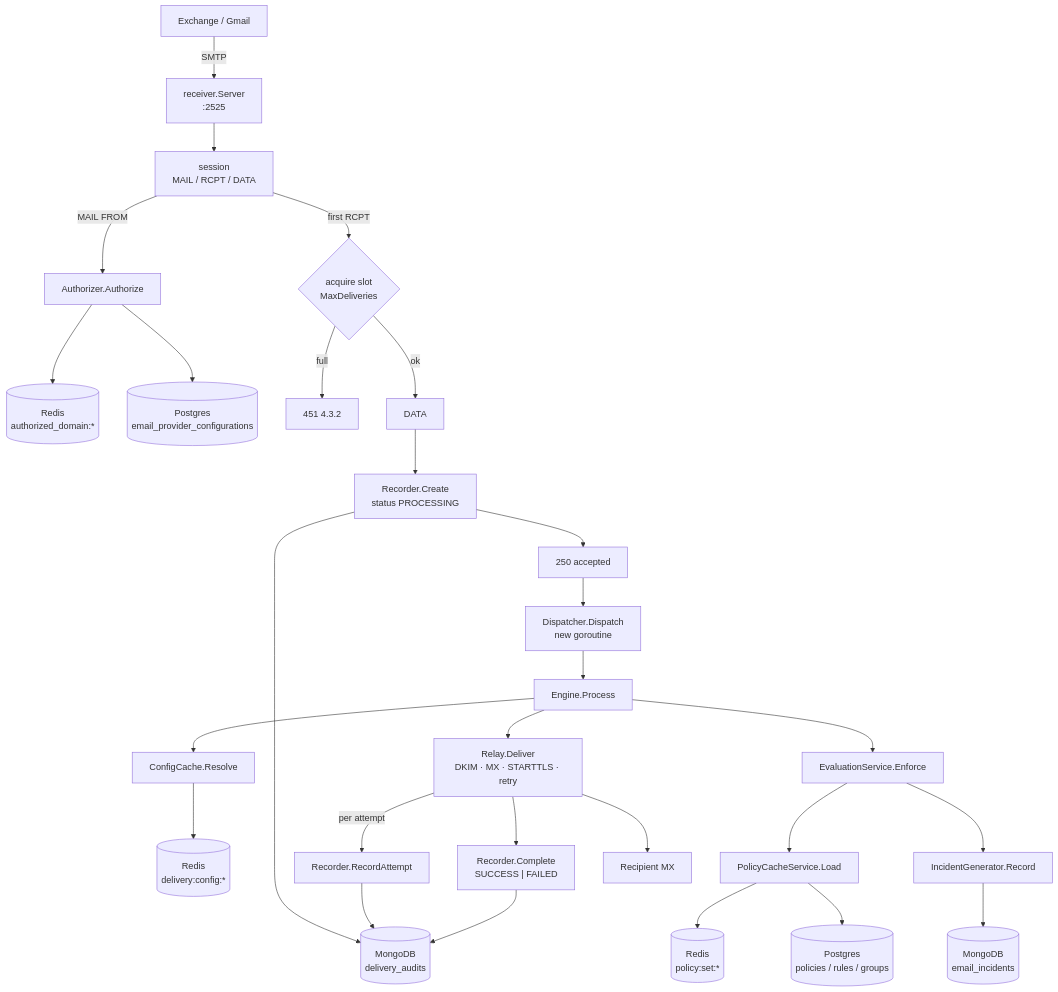
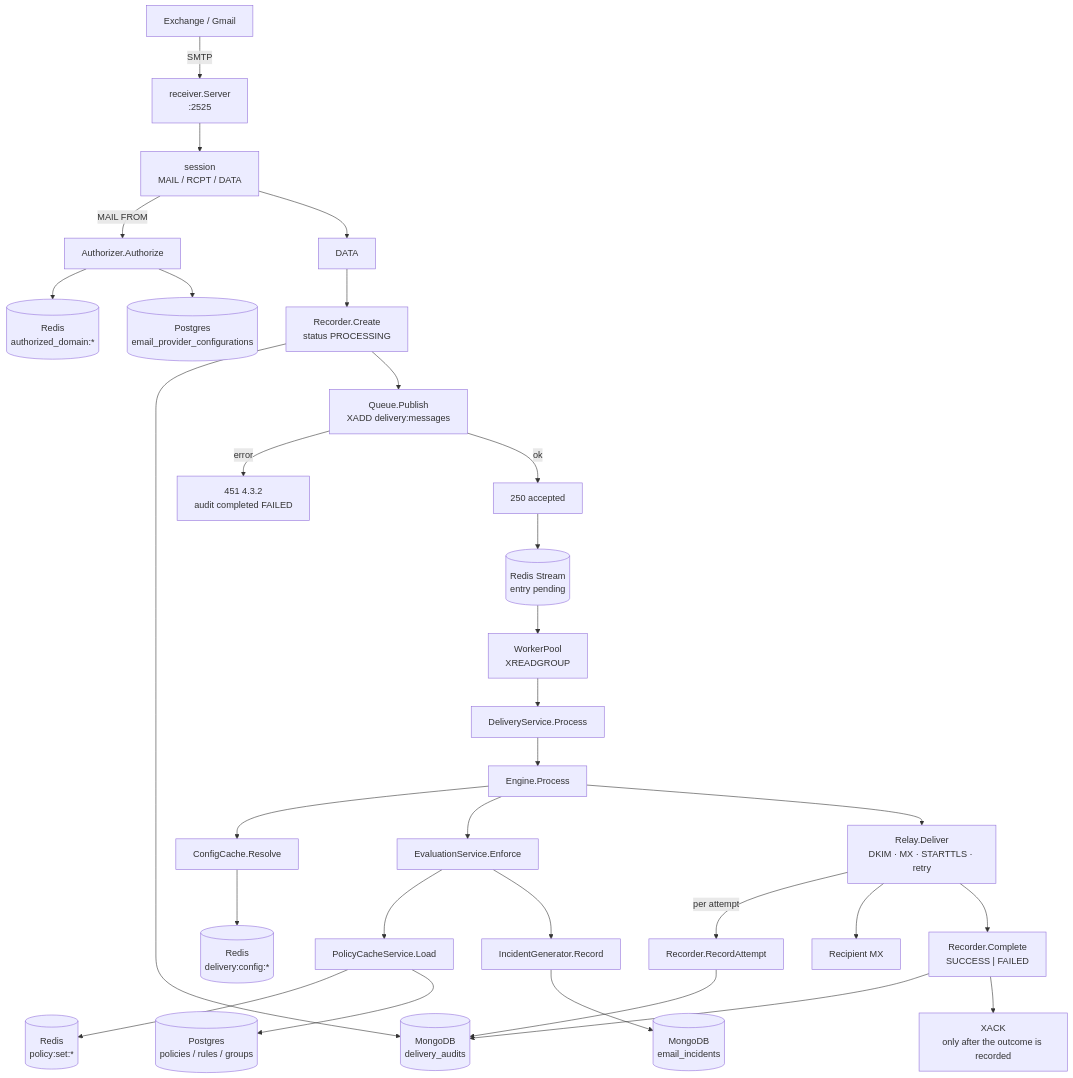
Before and after one commit to ryuga001/SecurePlus: the first of 13 diagrams in backend/internal/delivery/README.md, drawn with Mermaid. The commit also changed other lines of this file and 29 other files, not shown here.

Commit message:
added redis queue

````diff
--- a/backend/internal/delivery/README.md
+++ b/backend/internal/delivery/README.md
@@ -40,33 +46,36 @@
 ```mermaid
 flowchart TD
     MTA["Exchange / Gmail"] -->|SMTP| SRV["receiver.Server<br/>:2525"]
     SRV --> SESS["session<br/>MAIL / RCPT / DATA"]
     SESS -->|"MAIL FROM"| AUTHZ["Authorizer.Authorize"]
     AUTHZ --> RDS1[("Redis<br/>authorized_domain:*")]
     AUTHZ --> PG1[("Postgres<br/>email_provider_configurations")]
-    SESS -->|"first RCPT"| SLOT{"acquire slot<br/>MaxDeliveries"}
-    SLOT -->|full| R451["451 4.3.2"]
-    SLOT -->|ok| DATA["DATA"]
+    SESS --> DATA["DATA"]
     DATA --> CREATE["Recorder.Create<br/>status PROCESSING"]
     CREATE --> MONGO1[("MongoDB<br/>delivery_audits")]
-    CREATE --> ACCEPT["250 accepted"]
-    ACCEPT --> DISP["Dispatcher.Dispatch<br/>new goroutine"]
+    CREATE --> PUB["Queue.Publish<br/>XADD delivery:messages"]
+    PUB -->|error| R451["451 4.3.2<br/>audit completed FAILED"]
+    PUB -->|ok| ACCEPT["250 accepted"]
+    ACCEPT --> STREAM[("Redis Stream<br/>entry pending")]
+    STREAM --> WORK["WorkerPool<br/>XREADGROUP"]
+    WORK --> SVC["DeliveryService.Process"]
 
-    DISP --> ENG["Engine.Process"]
+    SVC --> ENG["Engine.Process"]
     ENG --> CFG["ConfigCache.Resolve"]
     CFG --> RDS2[("Redis<br/>delivery:config:*")]
     ENG --> ENF["EvaluationService.Enforce"]
     ENF --> PCACHE["PolicyCacheService.Load"]
     PCACHE --> RDS3[("Redis<br/>policy:set:*")]
     PCACHE --> PG2[("Postgres<br/>policies / rules / groups")]
     ENF --> INC["IncidentGenerator.Record"]
     INC --> MONGO2[("MongoDB<br/>email_incidents")]
 
     ENG --> RELAY["Relay.Deliver<br/>DKIM · MX · STARTTLS · retry"]
     RELAY -->|"per attempt"| ATT["Recorder.RecordAttempt"]
     ATT --> MONGO1
     RELAY --> MX["Recipient MX"]
 
     RELAY --> DONE["Recorder.Complete<br/>SUCCESS | FAILED"]
     DONE --> MONGO1
+    DONE --> ACK["XACK<br/>only after the outcome is recorded"]
 ```
````
